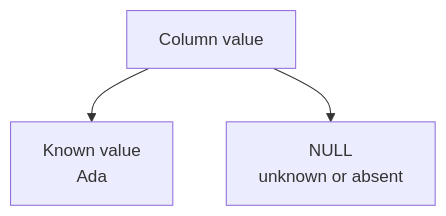
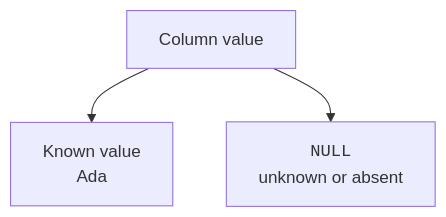
The first of 3 diagrams in content/courses/database-design-postgresql/not-null-and-defaults.mdx (dataslope/dataslope), drawn with Mermaid before and after one commit. The commit also changed other lines of this file and 283 other files, not shown here.

First line of the commit message:
Diagrams as elements, not characters: fix the box model, sweep the corpus, and make syntax breakdowns a convention (#652)

````diff
--- a/content/courses/database-design-postgresql/not-null-and-defaults.mdx
+++ b/content/courses/database-design-postgresql/not-null-and-defaults.mdx
@@ -24,5 +24,5 @@
 ```mermaid
 flowchart TB
     V["Column value"] --> Has["Known value<br/>Ada"]
-    V --> Missing["NULL<br/>unknown or absent"]
+    V --> Missing["<code>NULL</code><br/>unknown or absent"]
 ```
````
